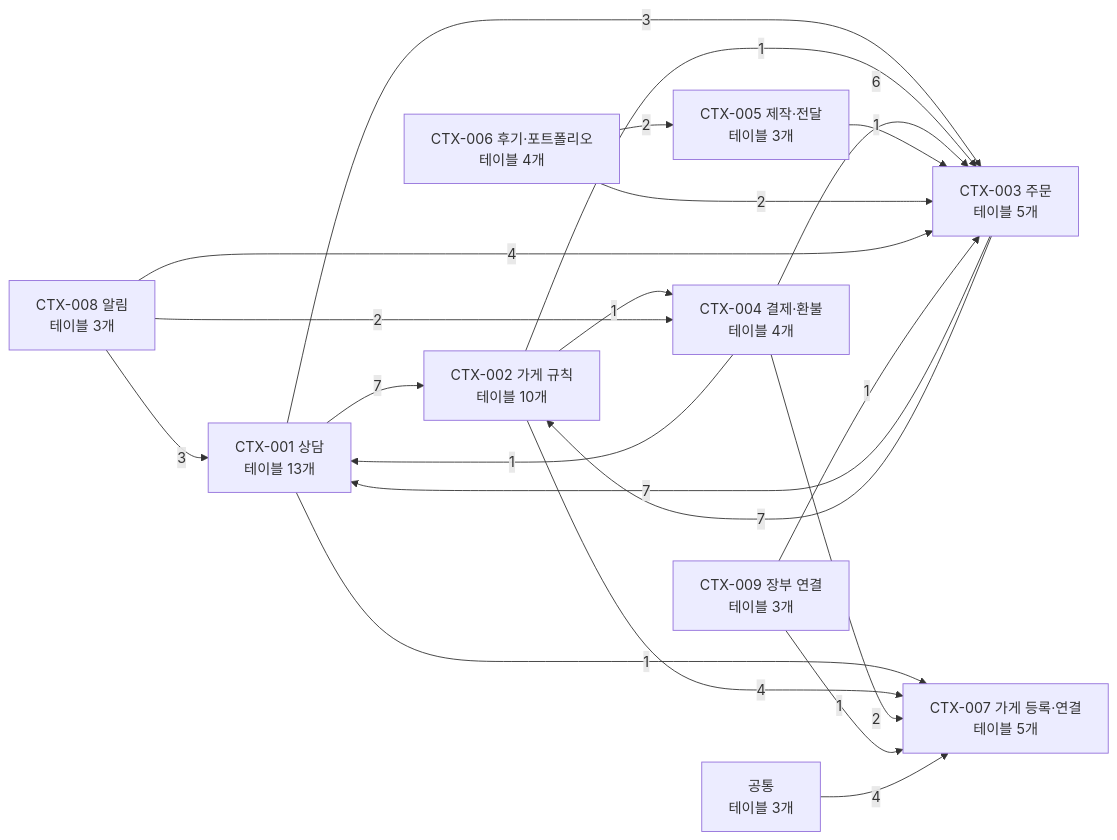
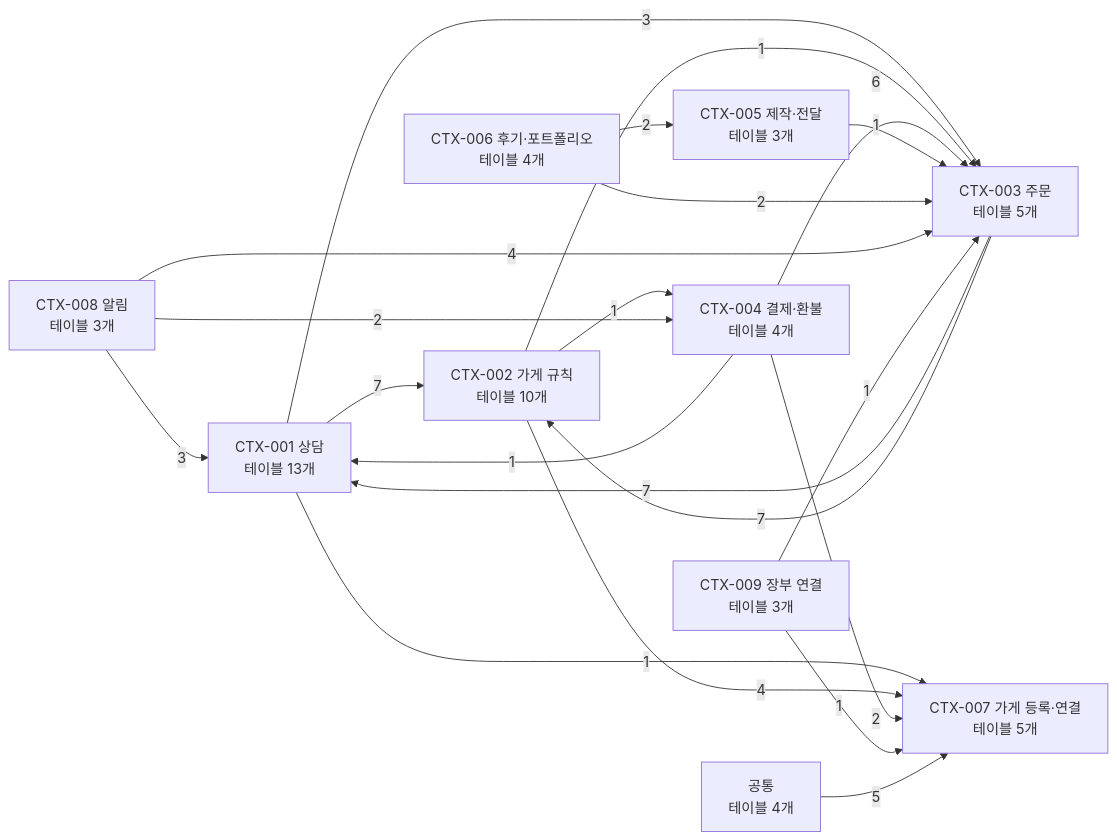
The first of 11 diagrams in docs/05-erd/README.md (kodonghui/siljang.ai), drawn with Mermaid before and after one commit. The commit also changed other lines of this file and 28 other files, not shown here.

````diff
--- a/docs/05-erd/README.md
+++ b/docs/05-erd/README.md
@@ -127,33 +130,33 @@
 ```mermaid
 flowchart LR
   C0["CTX-001 상담<br/>테이블 13개"]
   C1["CTX-002 가게 규칙<br/>테이블 10개"]
   C2["CTX-003 주문<br/>테이블 5개"]
   C3["CTX-004 결제·환불<br/>테이블 4개"]
   C4["CTX-005 제작·전달<br/>테이블 3개"]
   C5["CTX-006 후기·포트폴리오<br/>테이블 4개"]
   C6["CTX-007 가게 등록·연결<br/>테이블 5개"]
   C7["CTX-008 알림<br/>테이블 3개"]
   C8["CTX-009 장부 연결<br/>테이블 3개"]
-  C9["공통<br/>테이블 3개"]
+  C9["공통<br/>테이블 4개"]
   C0 -->|7| C1
   C0 -->|3| C2
   C0 -->|1| C6
   C1 -->|1| C2
   C1 -->|1| C3
   C1 -->|4| C6
   C2 -->|7| C0
   C2 -->|7| C1
   C3 -->|1| C0
   C3 -->|6| C2
   C3 -->|2| C6
   C4 -->|1| C2
   C5 -->|2| C2
   C5 -->|2| C4
   C7 -->|3| C0
   C7 -->|4| C2
   C7 -->|2| C3
   C8 -->|1| C2
   C8 -->|1| C6
-  C9 -->|4| C6
+  C9 -->|5| C6
 ```
````
